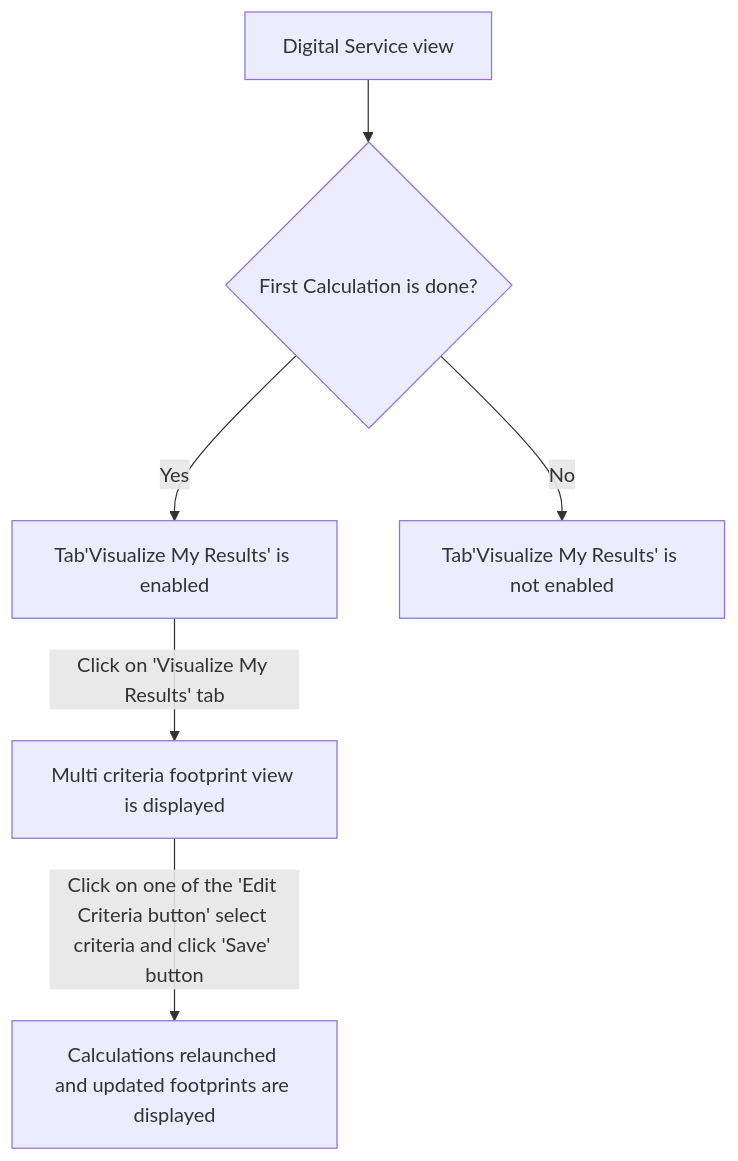
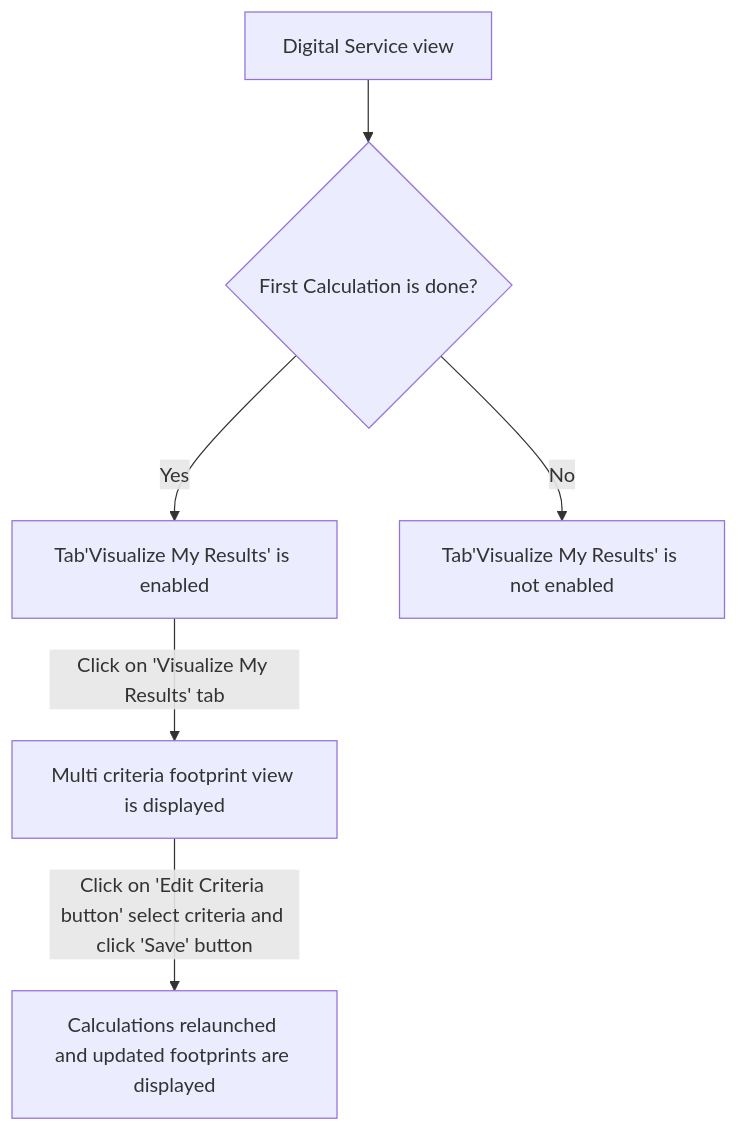
Before and after one commit to teamg4it/g4it: the second of 3 diagrams in services/documentation/content/2-functional-documentation/use_cases/uc_digital_services/uc4_launch_estimation.md, drawn with Mermaid. The commit also changed other lines of this file and 7 other files, not shown here.

```diff
--- a/services/documentation/content/2-functional-documentation/use_cases/uc_digital_services/uc4_launch_estimation.md
+++ b/services/documentation/content/2-functional-documentation/use_cases/uc_digital_services/uc4_launch_estimation.md
@@ -47,7 +48,7 @@
 {{< mermaid align="center">}}
 graph TD;
 Step1[Digital Service view] --> Decision1{First Calculation is done?}
 Decision1-->|Yes|Step2[Tab'Visualize My Results' is enabled]
 Decision1-->|No|Step3[Tab'Visualize My Results' is not enabled]
-Step2-->|Click on 'Visualize My Results' tab|Step4[Multi criteria footprint view is displayed]-->|Click on one of the 'Edit Criteria button' select criteria and click 'Save' button|Step5[Calculations relaunched and updated footprints are displayed]
+Step2-->|Click on 'Visualize My Results' tab|Step4[Multi criteria footprint view is displayed]-->|Click on 'Edit Criteria button' select criteria and click 'Save' button|Step5[Calculations relaunched and updated footprints are displayed]
 {{< /mermaid >}}
```
